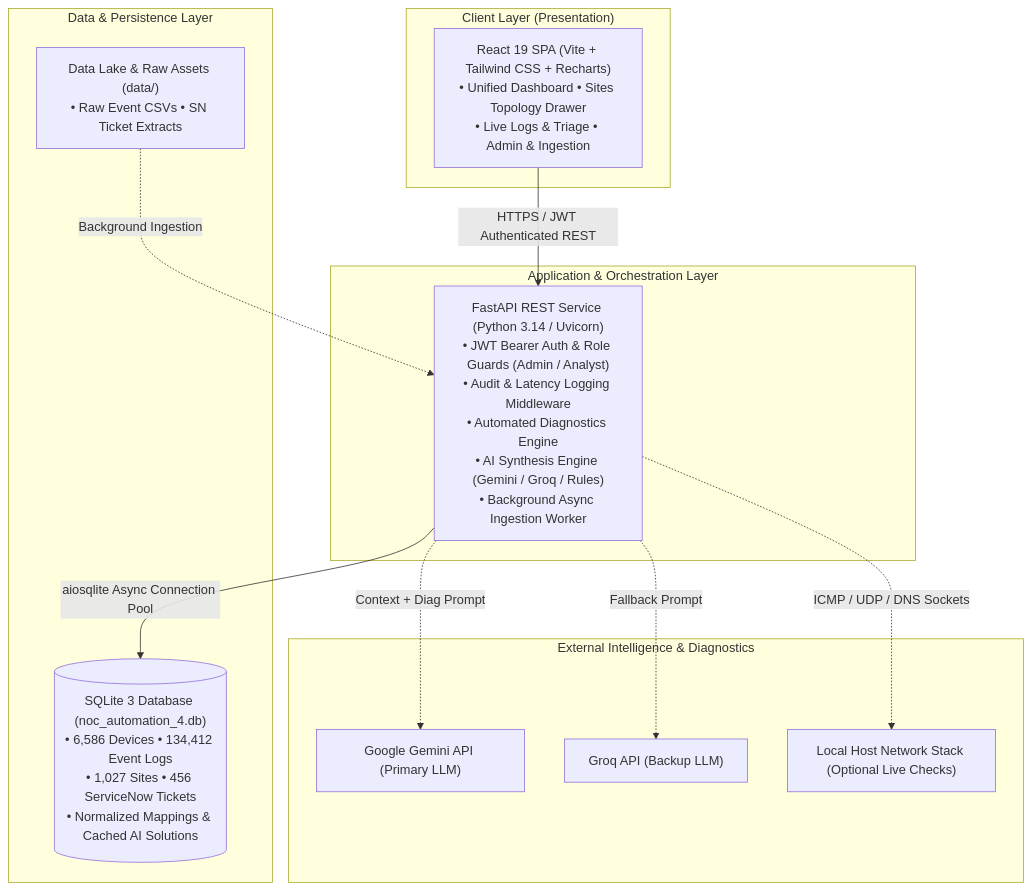
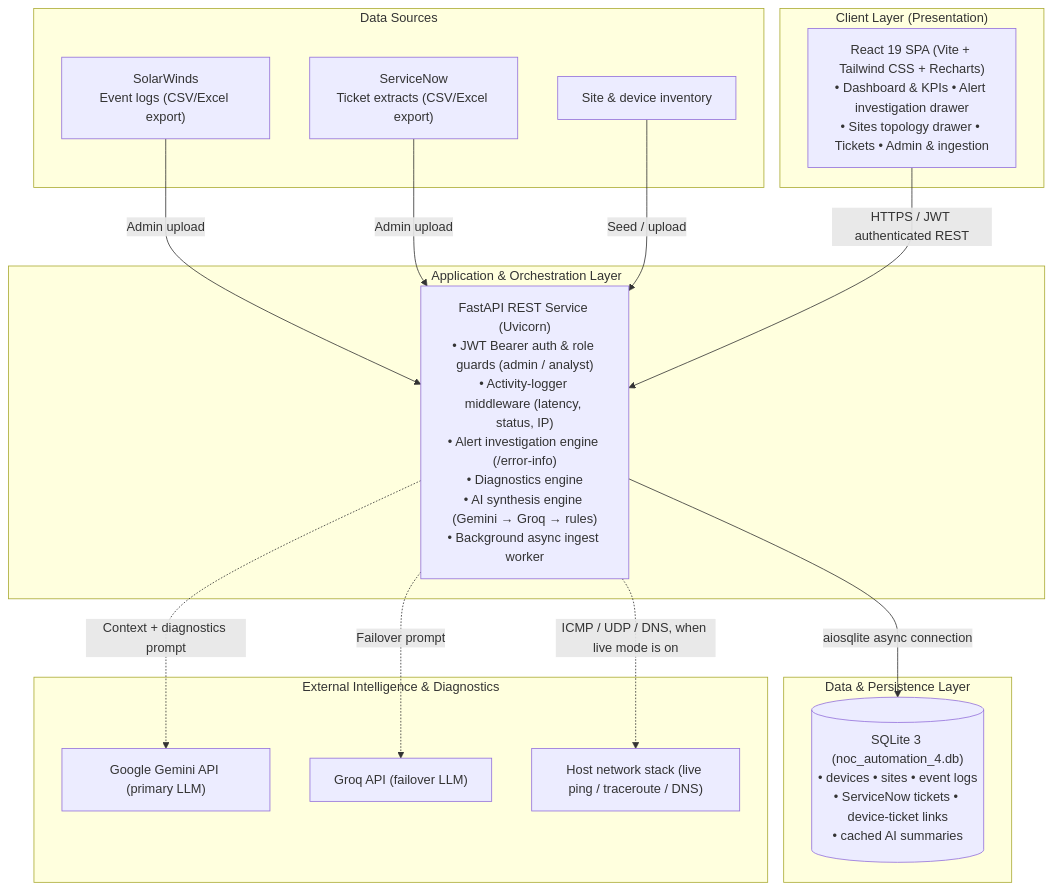
The first of 4 diagrams in docs/documentation.md (sanchiitvijay/noc-ps), drawn with Mermaid before and after one commit. The commit also changed other lines of this file and 3 other files, not shown here.

````diff
--- a/docs/documentation.md
+++ b/docs/documentation.md
@@ -55,28 +59,35 @@
 ```mermaid
 flowchart TB
+    subgraph Sources ["Data Sources"]
+        SW["SolarWinds<br/>Event logs (CSV/Excel export)"]
+        SN["ServiceNow<br/>Ticket extracts (CSV/Excel export)"]
+        INV["Site & device inventory"]
+    end
+
     subgraph ClientLayer ["Client Layer (Presentation)"]
-        UI["React 19 SPA (Vite + Tailwind CSS + Recharts)<br/>• Unified Dashboard • Sites Topology Drawer<br/>• Live Logs & Triage • Admin & Ingestion"]
+        UI["React 19 SPA (Vite + Tailwind CSS + Recharts)<br/>• Dashboard & KPIs • Alert investigation drawer<br/>• Sites topology drawer • Tickets • Admin & ingestion"]
     end
 
     subgraph APILayer ["Application & Orchestration Layer"]
-        API["FastAPI REST Service (Python 3.14 / Uvicorn)<br/>• JWT Bearer Auth & Role Guards (Admin / Analyst)<br/>• Audit & Latency Logging Middleware<br/>• Automated Diagnostics Engine<br/>• AI Synthesis Engine (Gemini / Groq / Rules)<br/>• Background Async Ingestion Worker"]
+        API["FastAPI REST Service (Uvicorn)<br/>• JWT Bearer auth & role guards (admin / analyst)<br/>• Activity-logger middleware (latency, status, IP)<br/>• Alert investigation engine (/error-info)<br/>• Diagnostics engine<br/>• AI synthesis engine (Gemini → Groq → rules)<br/>• Background async ingest worker"]
     end
 
     subgraph DataLayer ["Data & Persistence Layer"]
-        DB[("SQLite 3 Database (noc_automation_4.db)<br/>• 6,586 Devices • 134,412 Event Logs<br/>• 1,027 Sites • 456 ServiceNow Tickets<br/>• Normalized Mappings & Cached AI Solutions")]
-        RawFiles["Data Lake & Raw Assets (data/)<br/>• Raw Event CSVs • SN Ticket Extracts"]
+        DB[("SQLite 3 (noc_automation_4.db)<br/>• devices • sites • event logs<br/>• ServiceNow tickets • device-ticket links<br/>• cached AI summaries")]
     end
 
     subgraph ExternalServices ["External Intelligence & Diagnostics"]
-        Gemini["Google Gemini API (Primary LLM)"]
-        Groq["Groq API (Backup LLM)"]
-        OSDiag["Local Host Network Stack (Optional Live Checks)"]
+        Gemini["Google Gemini API (primary LLM)"]
+        Groq["Groq API (failover LLM)"]
+        OSDiag["Host network stack (live ping / traceroute / DNS)"]
     end
 
-    UI -->|HTTPS / JWT Authenticated REST| API
-    API -->|aiosqlite Async Connection Pool| DB
-    API -.->|Context + Diag Prompt| Gemini
-    API -.->|Fallback Prompt| Groq
-    API -.->|ICMP / UDP / DNS Sockets| OSDiag
-    RawFiles -.->|Background Ingestion| API
+    SW -->|Admin upload| API
+    SN -->|Admin upload| API
+    INV -->|Seed / upload| API
+    UI -->|HTTPS / JWT authenticated REST| API
+    API -->|aiosqlite async connection| DB
+    API -.->|Context + diagnostics prompt| Gemini
+    API -.->|Failover prompt| Groq
+    API -.->|ICMP / UDP / DNS, when live mode is on| OSDiag
 ```
````
